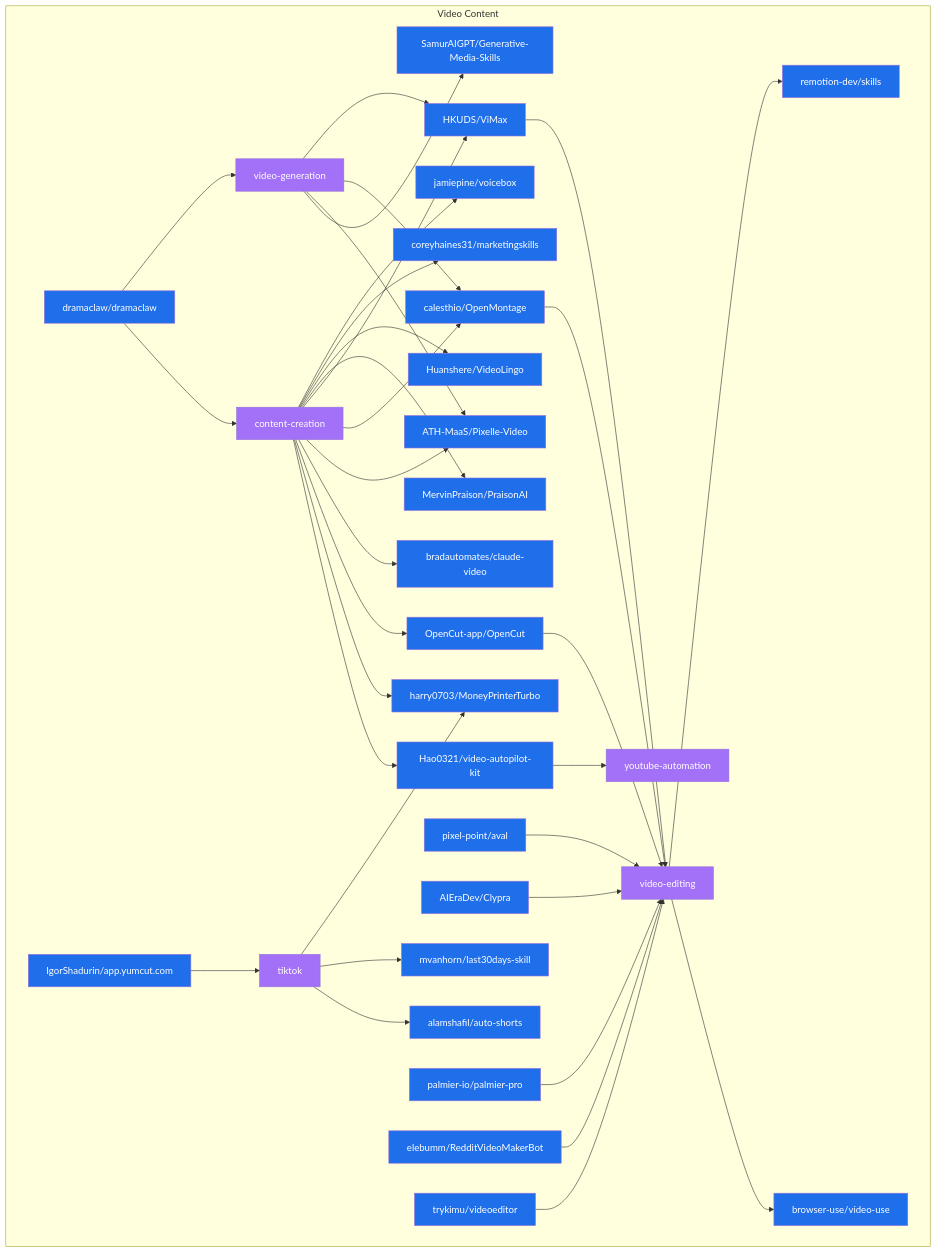
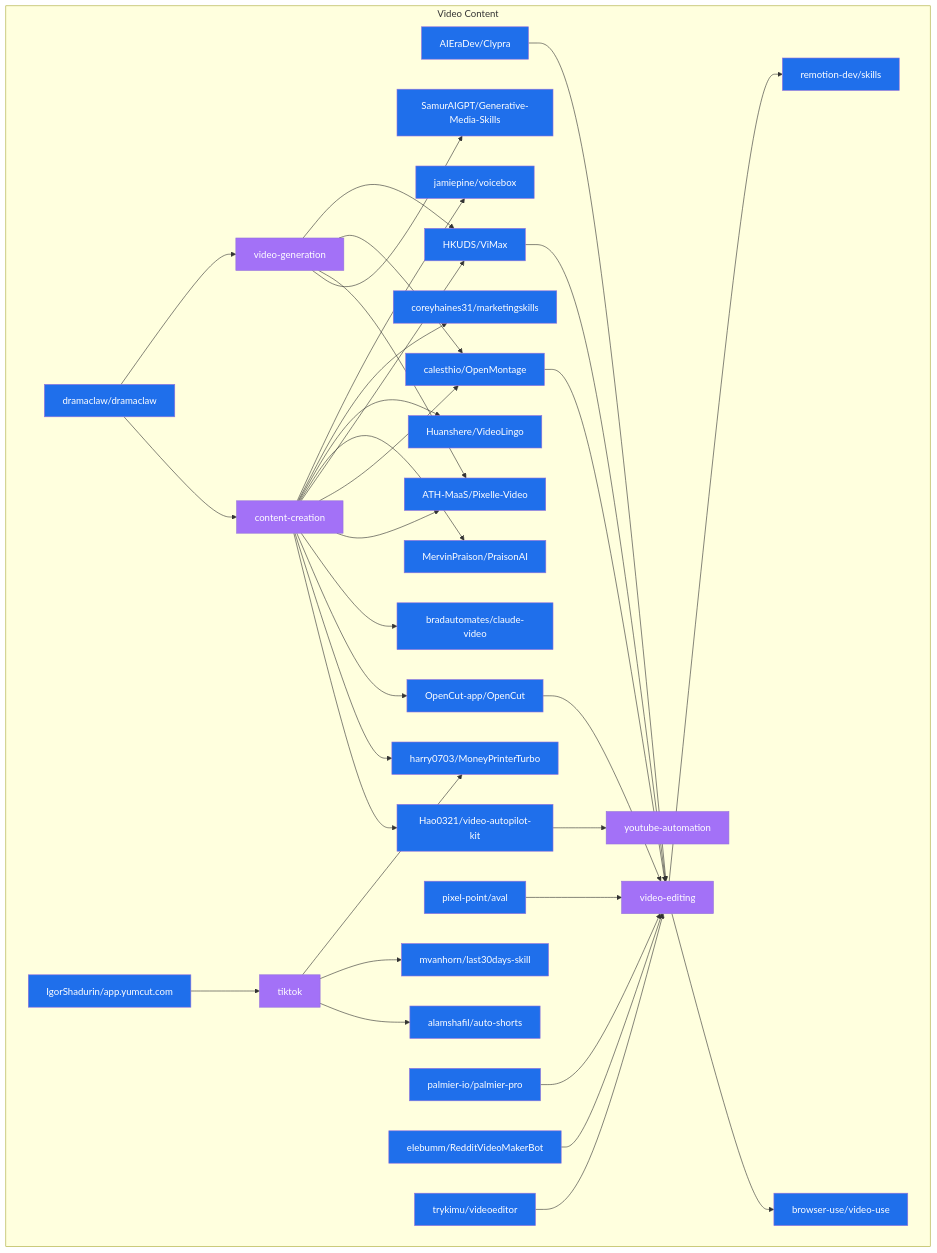
The diagram in data/star_graph_video_content.mermaid (Meru143/star-graph), drawn with Mermaid before and after one commit. The commit also changed other lines of this file and 15 other files, not shown here.

Commit message:
chore: weekly star graph update 2026-08-17

```diff
--- a/data/star_graph_video_content.mermaid
+++ b/data/star_graph_video_content.mermaid
@@ -1,68 +1,68 @@
 graph TD
   subgraph video_content ["Video Content"]
+    AIEraDev_Clypra["AIEraDev/Clypra"]:::repo
+    coreyhaines31_marketingskills["coreyhaines31/marketingskills"]:::repo
+    Huanshere_VideoLingo["Huanshere/VideoLingo"]:::repo
+    alamshafil_auto_shorts["alamshafil/auto-shorts"]:::repo
+    trykimu_videoeditor["trykimu/videoeditor"]:::repo
+    MervinPraison_PraisonAI["MervinPraison/PraisonAI"]:::repo
+    bradautomates_claude_video["bradautomates/claude-video"]:::repo
+    Hao0321_video_autopilot_kit["Hao0321/video-autopilot-kit"]:::repo
+    video_editing["video-editing"]:::topic
     jamiepine_voicebox["jamiepine/voicebox"]:::repo
-    pixel_point_aval["pixel-point/aval"]:::repo
+    IgorShadurin_app_yumcut_com["IgorShadurin/app.yumcut.com"]:::repo
+    ATH_MaaS_Pixelle_Video["ATH-MaaS/Pixelle-Video"]:::repo
     browser_use_video_use["browser-use/video-use"]:::repo
-    content_creation["content-creation"]:::topic
-    Hao0321_video_autopilot_kit["Hao0321/video-autopilot-kit"]:::repo
+    tiktok["tiktok"]:::topic
+    remotion_dev_skills["remotion-dev/skills"]:::repo
     mvanhorn_last30days_skill["mvanhorn/last30days-skill"]:::repo
-    palmier_io_palmier_pro["palmier-io/palmier-pro"]:::repo
-    AIEraDev_Clypra["AIEraDev/Clypra"]:::repo
-    dramaclaw_dramaclaw["dramaclaw/dramaclaw"]:::repo
+    SamurAIGPT_Generative_Media_Skills["SamurAIGPT/Generative-Media-Skills"]:::repo
+    calesthio_OpenMontage["calesthio/OpenMontage"]:::repo
     harry0703_MoneyPrinterTurbo["harry0703/MoneyPrinterTurbo"]:::repo
     youtube_automation["youtube-automation"]:::topic
-    coreyhaines31_marketingskills["coreyhaines31/marketingskills"]:::repo
+    pixel_point_aval["pixel-point/aval"]:::repo
     video_generation["video-generation"]:::topic
-    MervinPraison_PraisonAI["MervinPraison/PraisonAI"]:::repo
-    calesthio_OpenMontage["calesthio/OpenMontage"]:::repo
-    alamshafil_auto_shorts["alamshafil/auto-shorts"]:::repo
     OpenCut_app_OpenCut["OpenCut-app/OpenCut"]:::repo
     HKUDS_ViMax["HKUDS/ViMax"]:::repo
-    bradautomates_claude_video["bradautomates/claude-video"]:::repo
-    tiktok["tiktok"]:::topic
-    trykimu_videoeditor["trykimu/videoeditor"]:::repo
     elebumm_RedditVideoMakerBot["elebumm/RedditVideoMakerBot"]:::repo
-    SamurAIGPT_Generative_Media_Skills["SamurAIGPT/Generative-Media-Skills"]:::repo
-    IgorShadurin_app_yumcut_com["IgorShadurin/app.yumcut.com"]:::repo
-    ATH_MaaS_Pixelle_Video["ATH-MaaS/Pixelle-Video"]:::repo
-    video_editing["video-editing"]:::topic
-    remotion_dev_skills["remotion-dev/skills"]:::repo
-    Huanshere_VideoLingo["Huanshere/VideoLingo"]:::repo
+    dramaclaw_dramaclaw["dramaclaw/dramaclaw"]:::repo
+    content_creation["content-creation"]:::topic
+    palmier_io_palmier_pro["palmier-io/palmier-pro"]:::repo
   end
   dramaclaw_dramaclaw --> content_creation
   dramaclaw_dramaclaw --> video_generation
   content_creation --> Hao0321_video_autopilot_kit
   content_creation --> harry0703_MoneyPrinterTurbo
   content_creation --> OpenCut_app_OpenCut
   content_creation --> bradautomates_claude_video
   content_creation --> ATH_MaaS_Pixelle_Video
   content_creation --> calesthio_OpenMontage
   content_creation --> HKUDS_ViMax
   content_creation --> MervinPraison_PraisonAI
   content_creation --> Huanshere_VideoLingo
   content_creation --> coreyhaines31_marketingskills
   content_creation --> jamiepine_voicebox
   video_generation --> SamurAIGPT_Generative_Media_Skills
   video_generation --> ATH_MaaS_Pixelle_Video
   video_generation --> calesthio_OpenMontage
   video_generation --> HKUDS_ViMax
   pixel_point_aval --> video_editing
   AIEraDev_Clypra --> video_editing
   Hao0321_video_autopilot_kit --> youtube_automation
   OpenCut_app_OpenCut --> video_editing
   IgorShadurin_app_yumcut_com --> tiktok
   tiktok --> alamshafil_auto_shorts
   tiktok --> mvanhorn_last30days_skill
   tiktok --> harry0703_MoneyPrinterTurbo
   calesthio_OpenMontage --> video_editing
   palmier_io_palmier_pro --> video_editing
   elebumm_RedditVideoMakerBot --> video_editing
   HKUDS_ViMax --> video_editing
   trykimu_videoeditor --> video_editing
   video_editing --> browser_use_video_use
   video_editing --> remotion_dev_skills
   classDef repo fill:#1f6feb,color:#fff;
   classDef topic fill:#a371f7,color:#fff;
   classDef technology fill:#3fb950,color:#fff;
   classDef use_case fill:#d29922,color:#fff;
   classDef architecture fill:#f85149,color:#fff;
```
